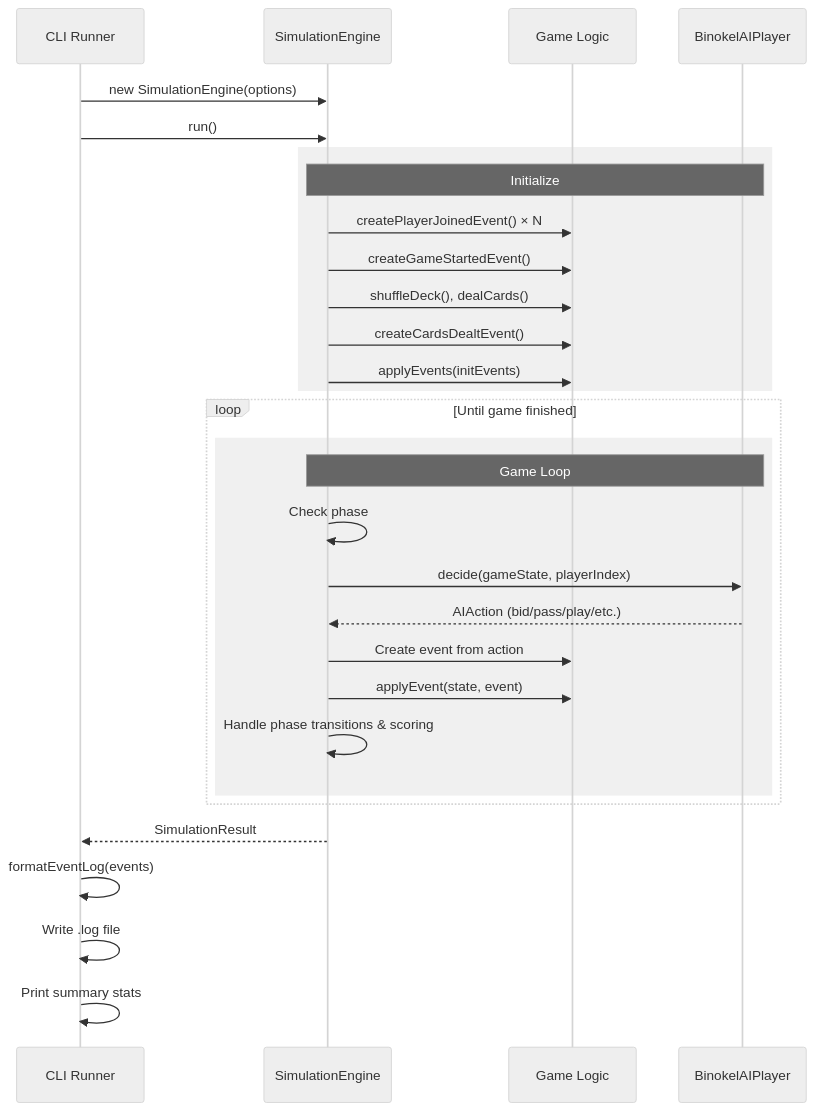
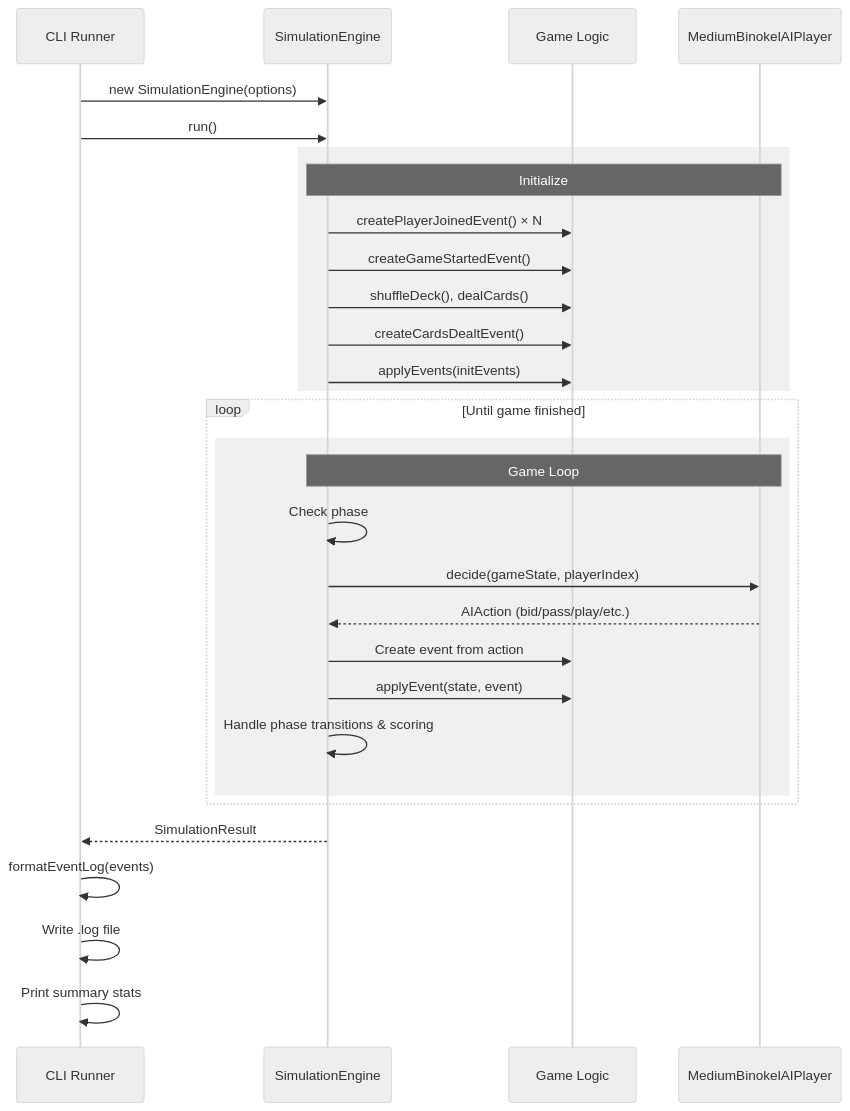
One commit to deglerj/dabb changed the sixth of 6 diagrams in docs/arc42/06-runtime-view.md. Above: the diagram before and after it, drawn with Mermaid (neutral theme). The commit also changed 21 other files, not shown here.

First line of the commit message:
Add hard AI difficulty, difficulty selector UI, and rename BinokelAIPlayer

````diff
--- a/docs/arc42/06-runtime-view.md
+++ b/docs/arc42/06-runtime-view.md
@@ -158,36 +158,36 @@
 ```mermaid
 sequenceDiagram
     participant runner as CLI Runner
     participant engine as SimulationEngine
     participant logic as Game Logic
-    participant ai as BinokelAIPlayer
+    participant ai as MediumBinokelAIPlayer
 
     runner->>engine: new SimulationEngine(options)
     runner->>engine: run()
 
     rect rgb(240, 240, 240)
         Note over engine, ai: Initialize
         engine->>logic: createPlayerJoinedEvent() × N
         engine->>logic: createGameStartedEvent()
         engine->>logic: shuffleDeck(), dealCards()
         engine->>logic: createCardsDealtEvent()
         engine->>logic: applyEvents(initEvents)
     end
 
     loop Until game finished
         rect rgb(240, 240, 240)
             Note over engine, ai: Game Loop
             engine->>engine: Check phase
             engine->>ai: decide(gameState, playerIndex)
             ai-->>engine: AIAction (bid/pass/play/etc.)
             engine->>logic: Create event from action
             engine->>logic: applyEvent(state, event)
             engine->>engine: Handle phase transitions & scoring
         end
     end
 
     engine-->>runner: SimulationResult
     runner->>runner: formatEventLog(events)
     runner->>runner: Write .log file
     runner->>runner: Print summary stats
 ```
````
